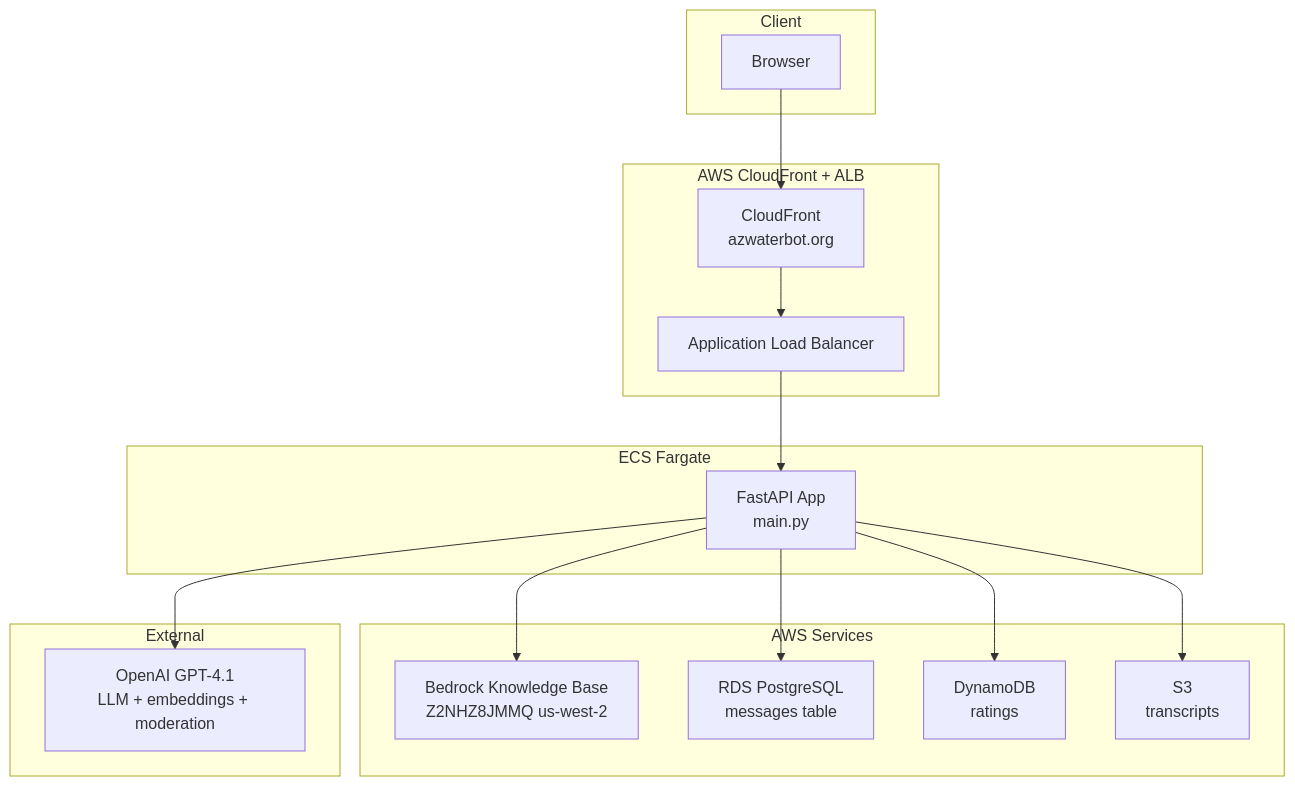
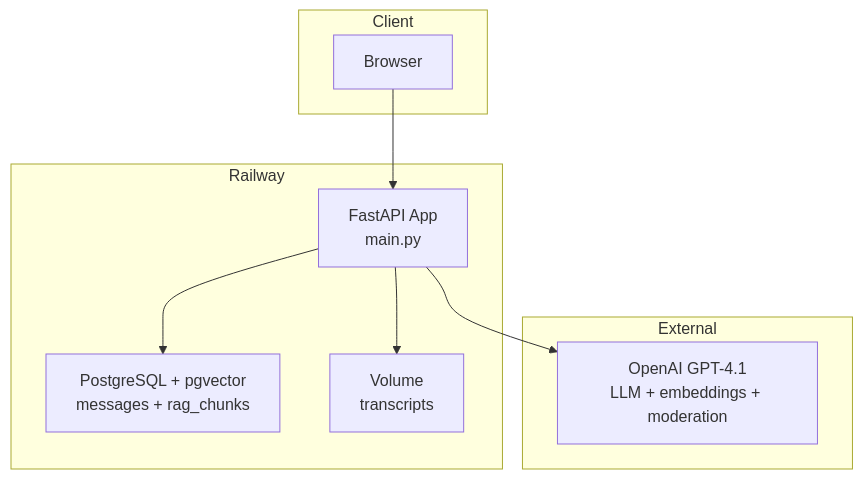
The first of 2 diagrams in README.md (S-Carradini/waterbot), drawn with Mermaid before and after one commit. The commit also changed other lines of this file and 36 other files, not shown here.

First line of the commit message:
refactor: remove all AWS dependencies, make Railway-only deployment

````diff
--- a/README.md
+++ b/README.md
@@ -54,33 +53,21 @@
 ```mermaid
 graph TB
     subgraph "Client"
         Browser
     end
 
-    subgraph "AWS CloudFront + ALB"
-        CF[CloudFront\nazwaterbot.org]
-        ALB[Application Load Balancer]
-    end
-
-    subgraph "ECS Fargate"
+    subgraph "Railway"
         App[FastAPI App\nmain.py]
-    end
-
-    subgraph "AWS Services"
-        KB[Bedrock Knowledge Base\nZ2NHZ8JMMQ us-west-2]
-        RDS[RDS PostgreSQL\nmessages table]
-        DDB[DynamoDB\nratings]
-        S3[S3\ntranscripts]
+        PG[PostgreSQL + pgvector\nmessages + rag_chunks]
+        Vol[Volume\ntranscripts]
     end
 
     subgraph "External"
         OAI[OpenAI GPT-4.1\nLLM + embeddings + moderation]
     end
 
-    Browser --> CF --> ALB --> App
-    App --> KB
-    App --> RDS
-    App --> DDB
-    App --> S3
+    Browser --> App
+    App --> PG
+    App --> Vol
     App --> OAI
 ```
````
